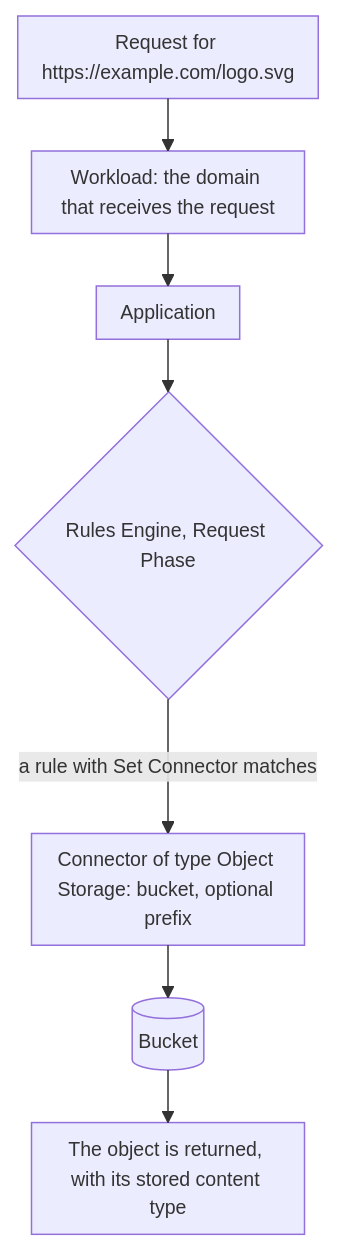
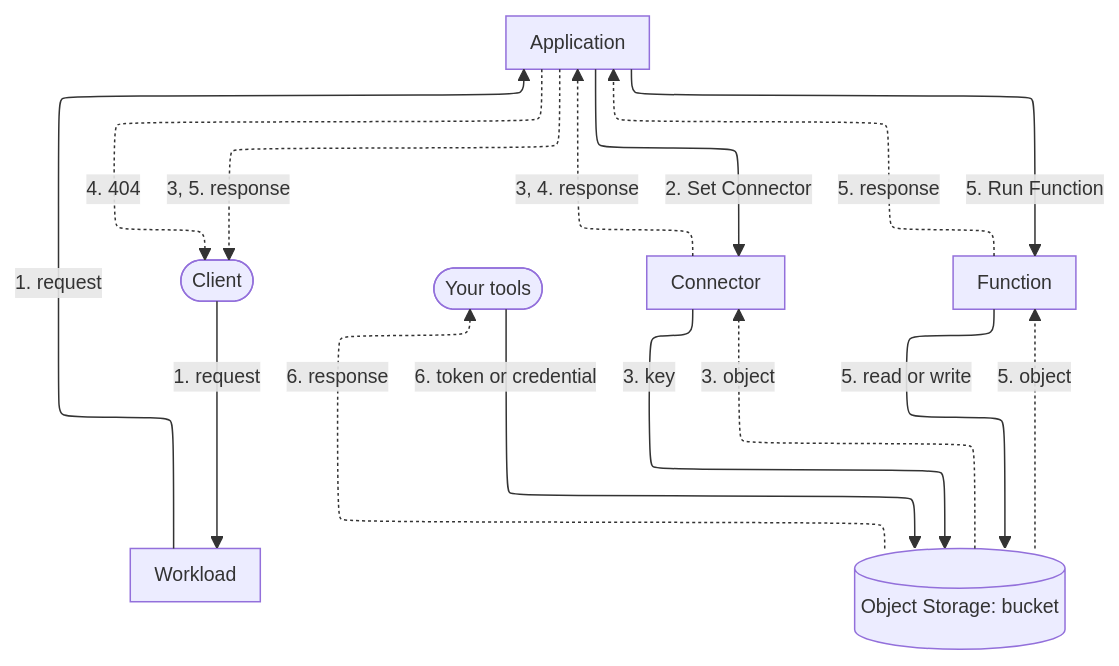
The diagram in apps/docs/src/content/docs/en/pages/store/object-storage/how-it-works.mdx (aziontech/docs), drawn with Mermaid before and after one commit. The commit also changed other lines of this file and 41 other files, not shown here.

Commit message:
fix(object-storage): test the Object Storage section against the product and correct the pages (#2712)

````diff
--- a/apps/docs/src/content/docs/en/pages/store/object-storage/how-it-works.mdx
+++ b/apps/docs/src/content/docs/en/pages/store/object-storage/how-it-works.mdx
@@ -43,10 +49,25 @@
 ```mermaid
-%%{init: {"layout": "elk", "themeVariables": {"fontSize": "13px"}, "flowchart": {"nodeSpacing": 24, "rankSpacing": 36, "padding": 8, "wrappingWidth": 150, "useMaxWidth": true}, "sequence": {"width": 120, "actorMargin": 30, "useMaxWidth": true}}}%%
+%%{init: {"layout": "elk", "elk": {"cycleBreakingStrategy": "MODEL_ORDER"}, "themeVariables": {"fontSize": "13px"}, "flowchart": {"nodeSpacing": 24, "rankSpacing": 36, "padding": 8, "wrappingWidth": 150, "useMaxWidth": true}, "sequence": {"width": 120, "actorMargin": 30, "useMaxWidth": true}}}%%
 flowchart TD
-  Request["Request for https://example.com/logo.svg"] --> Workload["Workload: the domain that receives the request"]
-  Workload --> App["Application"]
-  App --> Rules{"Rules Engine, Request Phase"}
-  Rules -->|"a rule with Set Connector matches"| Connector["Connector of type Object Storage: bucket, optional prefix"]
-  Connector --> Bucket[("Bucket")]
-  Bucket --> Object["The object is returned, with its stored content type"]
+  Client(["Client"])
+  Tools(["Your tools"])
+  WL["Workload"]
+  App["Application"]
+  Conn["Connector"]
+  Fn["Function"]
+  Bucket[("Object Storage: bucket")]
+  Client -->|"1. request"| WL
+  WL -->|"1. request"| App
+  App -->|"2. Set Connector"| Conn
+  Conn -->|"3. key"| Bucket
+  Bucket -.->|"3. object"| Conn
+  Conn -.->|"3, 4. response"| App
+  App -->|"5. Run Function"| Fn
+  Fn -->|"5. read or write"| Bucket
+  Bucket -.->|"5. object"| Fn
+  Fn -.->|"5. response"| App
+  App -.->|"3, 5. response"| Client
+  App -.->|"4. 404"| Client
+  Tools -->|"6. token or credential"| Bucket
+  Bucket -.->|"6. response"| Tools
 ```
````
